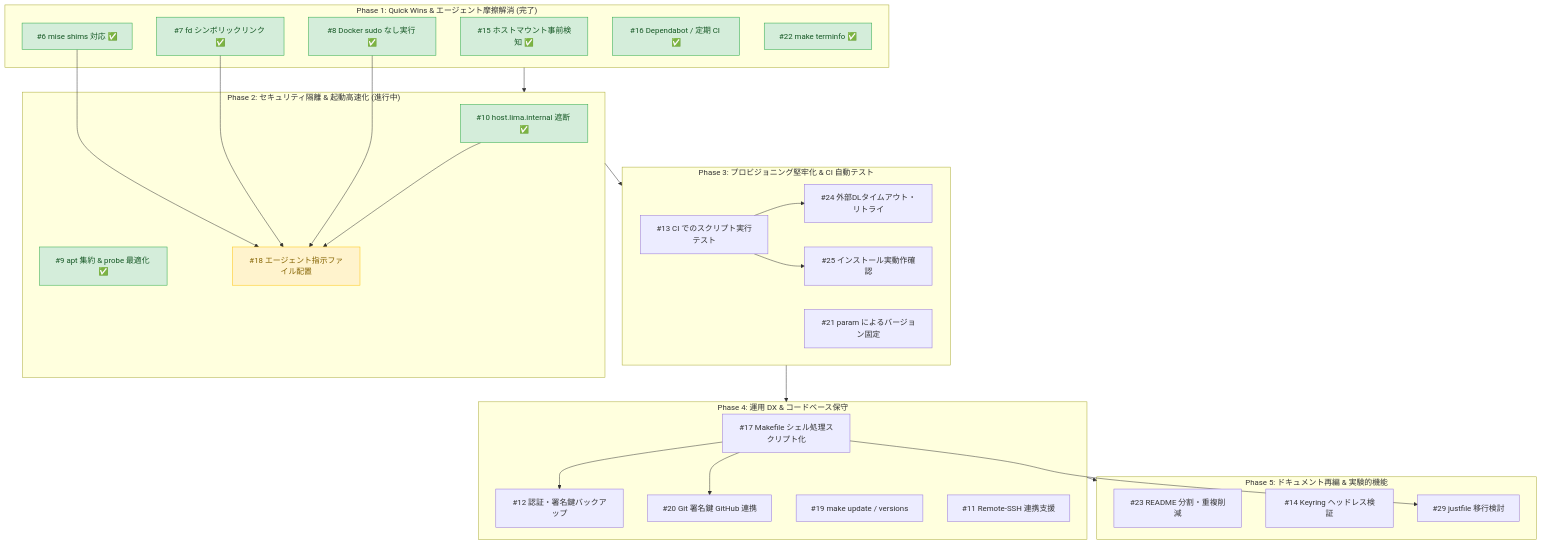
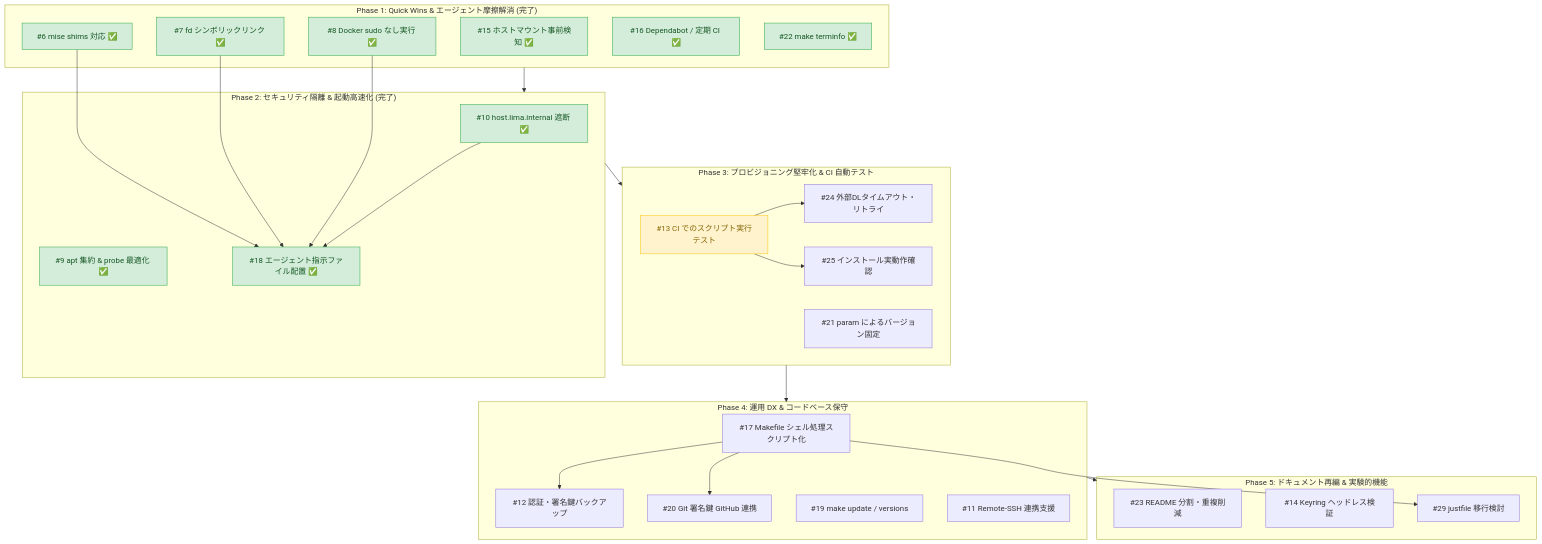
The diagram in docs/issue-prioritization.md (ikuy1203/lima-coding-sandbox), drawn with Mermaid before and after one commit. The commit also changed other lines of this file and 5 other files, not shown here.

````diff
--- a/docs/issue-prioritization.md
+++ b/docs/issue-prioritization.md
@@ -86,57 +86,57 @@
 ```mermaid
 flowchart TD
     subgraph Phase1["Phase 1: Quick Wins & エージェント摩擦解消 (完了)"]
         I15["#15 ホストマウント事前検知 ✅"]
         I7["#7 fd シンボリックリンク ✅"]
         I8["#8 Docker sudo なし実行 ✅"]
         I6["#6 mise shims 対応 ✅"]
         I16["#16 Dependabot / 定期 CI ✅"]
         I22["#22 make terminfo ✅"]
     end
 
-    subgraph Phase2["Phase 2: セキュリティ隔離 & 起動高速化 (進行中)"]
+    subgraph Phase2["Phase 2: セキュリティ隔離 & 起動高速化 (完了)"]
         I10["#10 host.lima.internal 遮断 ✅"]
         I9["#9 apt 集約 & probe 最適化 ✅"]
-        I18["#18 エージェント指示ファイル配置"]
+        I18["#18 エージェント指示ファイル配置 ✅"]
     end
 
     subgraph Phase3["Phase 3: プロビジョニング堅牢化 & CI 自動テスト"]
         I13["#13 CI でのスクリプト実行テスト"]
         I24["#24 外部DLタイムアウト・リトライ"]
         I25["#25 インストール実動作確認"]
         I21["#21 param によるバージョン固定"]
     end
 
     subgraph Phase4["Phase 4: 運用 DX & コードベース保守"]
         I17["#17 Makefile シェル処理スクリプト化"]
         I12["#12 認証・署名鍵バックアップ"]
         I20["#20 Git 署名鍵 GitHub 連携"]
         I19["#19 make update / versions"]
         I11["#11 Remote-SSH 連携支援"]
     end
 
     subgraph Phase5["Phase 5: ドキュメント再編 & 実験的機能"]
         I23["#23 README 分割・重複削減"]
         I14["#14 Keyring ヘッドレス検証"]
         I29["#29 justfile 移行検討"]
     end
 
     Phase1 --> Phase2
     Phase2 --> Phase3
     Phase3 --> Phase4
     Phase4 --> Phase5
     I6 --> I18
     I7 --> I18
     I8 --> I18
     I10 --> I18
     I13 --> I24
     I13 --> I25
     I17 --> I12
     I17 --> I20
     I17 --> I29
 
     classDef done fill:#d4edda,stroke:#28a745,color:#155724
     classDef next fill:#fff3cd,stroke:#ffc107,color:#856404
-    class I15,I7,I8,I6,I16,I22,I10,I9 done
-    class I18 next
+    class I15,I7,I8,I6,I16,I22,I10,I9,I18 done
+    class I13 next
 ```
````
